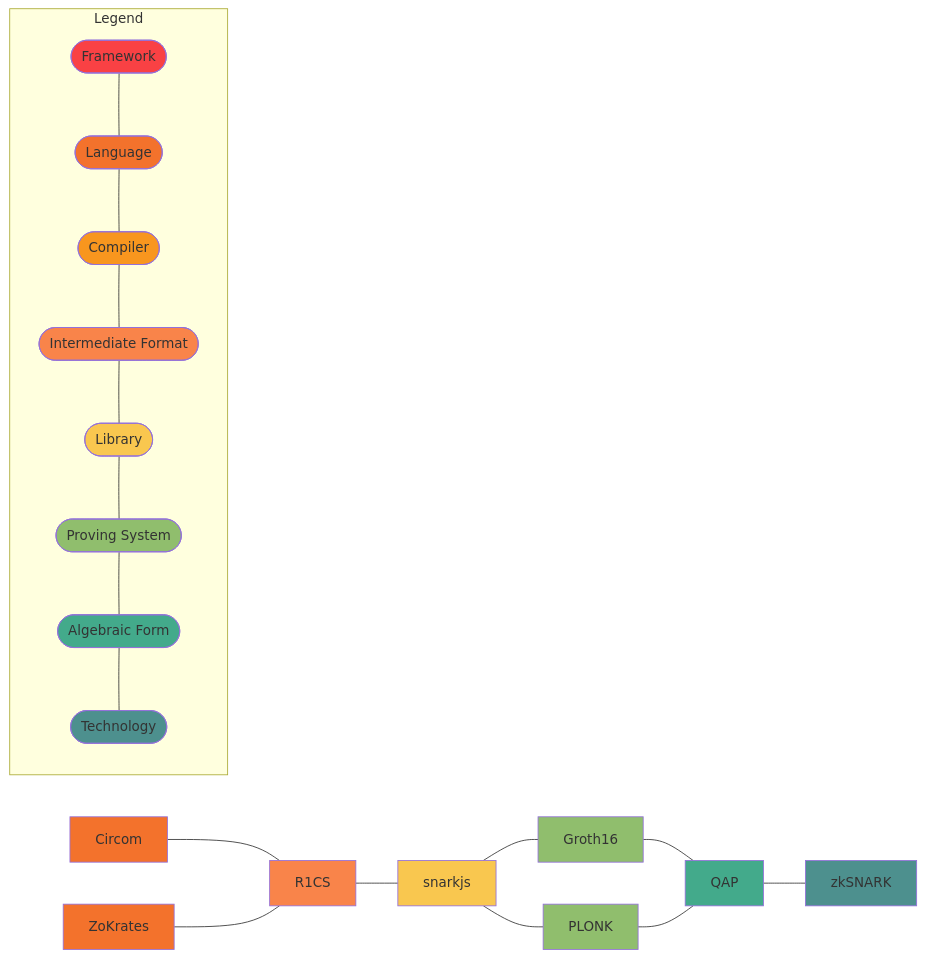
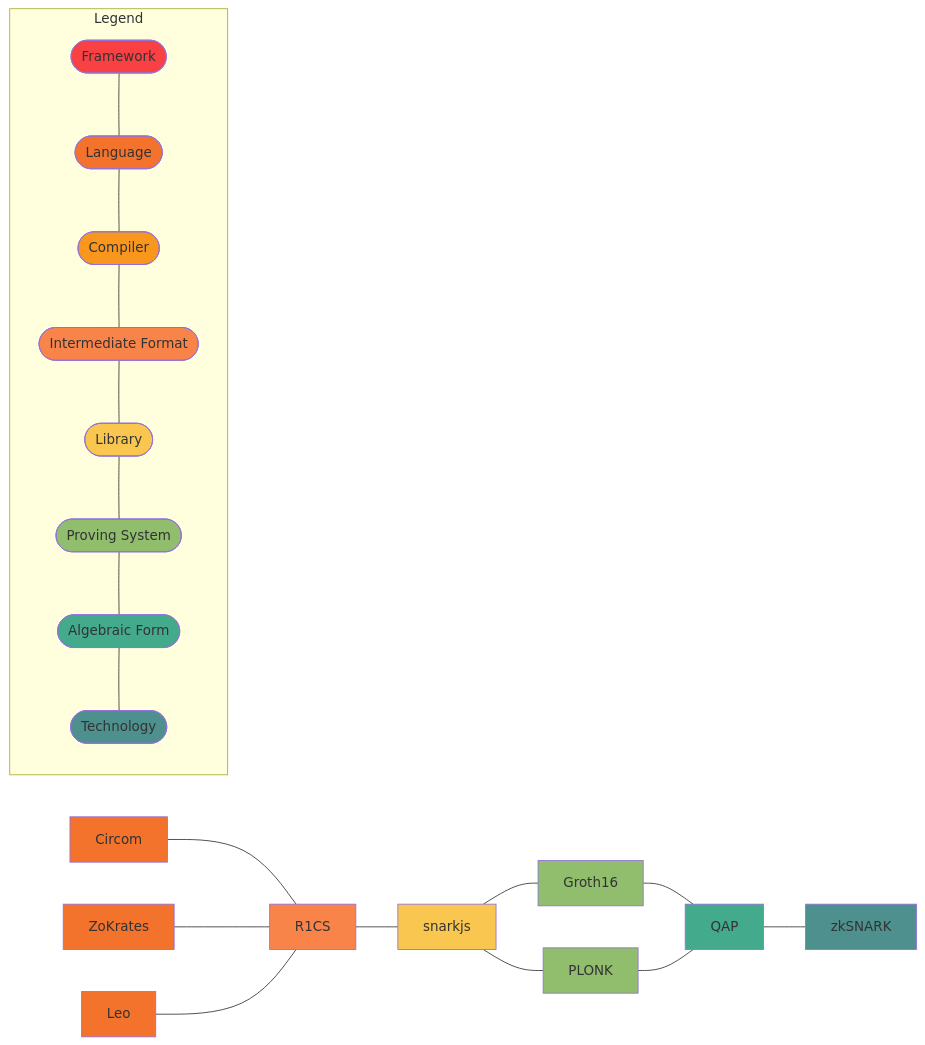
The diagram in README.md (alxkzmn/zk-atlas), drawn with Mermaid before and after one commit.

````diff
--- a/README.md
+++ b/README.md
@@ -1,40 +1,42 @@
 ```mermaid
 graph LR
     Circom[Circom] --- R1CS[R1CS]
     Zokrates[ZoKrates] --- R1CS
+    Leo[Leo] --- R1CS
     R1CS --- snarkjs[snarkjs]
     snarkjs --- PLONK[PLONK]
     snarkjs --- Groth16[Groth16]
     Groth16 --- QAP[QAP]
     PLONK --- QAP
     QAP --- zkSNARK[zkSNARK]
     
     subgraph Legend
       Framework([Framework])---Lang([Language])---Compiler([Compiler])---Intermediate([Intermediate Format])---Library([Library])---ProvingSystem([Proving System])---AlgebraicForm([Algebraic Form])---Tech([Technology])
     end
     
     classDef green fill:#9f6,stroke:#333,stroke-width:2px;
     classDef orange fill:#f96,stroke:#333,stroke-width:4px;
     classDef framework fill:#f94144
     classDef lang fill:#f3722c
     classDef compiler fill:#f8961e
     classDef intermediate fill:#f9844a
     classDef lib fill:#f9c74f
     classDef provingSystem fill:#90be6d
     classDef algForm fill:#43aa8b
     classDef tech fill:#4d908e
     classDef color9 fill:#577590
     classDef color10 fill:#277da1
     
     class Framework framework
-    class Lang,Circom,Zokrates lang
+    class Lang,Circom,Zokrates,Leo lang
     class Compiler compiler
     class Intermediate,R1CS intermediate
     class Library,snarkjs lib
     class ProvingSystem,Groth16,PLONK provingSystem
     class AlgebraicForm,QAP algForm
     class Tech,zkSNARK tech
     
     click Circom href "https://docs.circom.io/"
     click Zokrates href "https://zokrates.github.io/"
+    click Leo href "https://leo-lang.org/"
 ```
````
